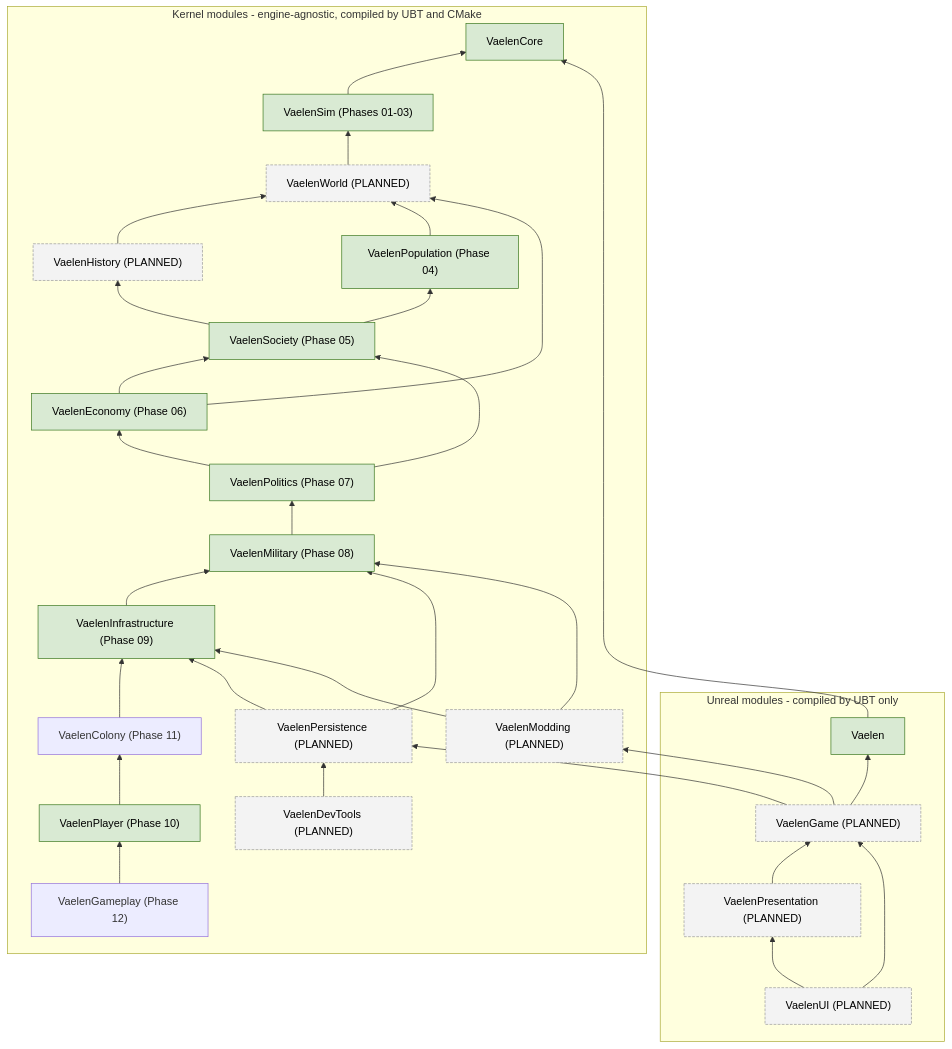
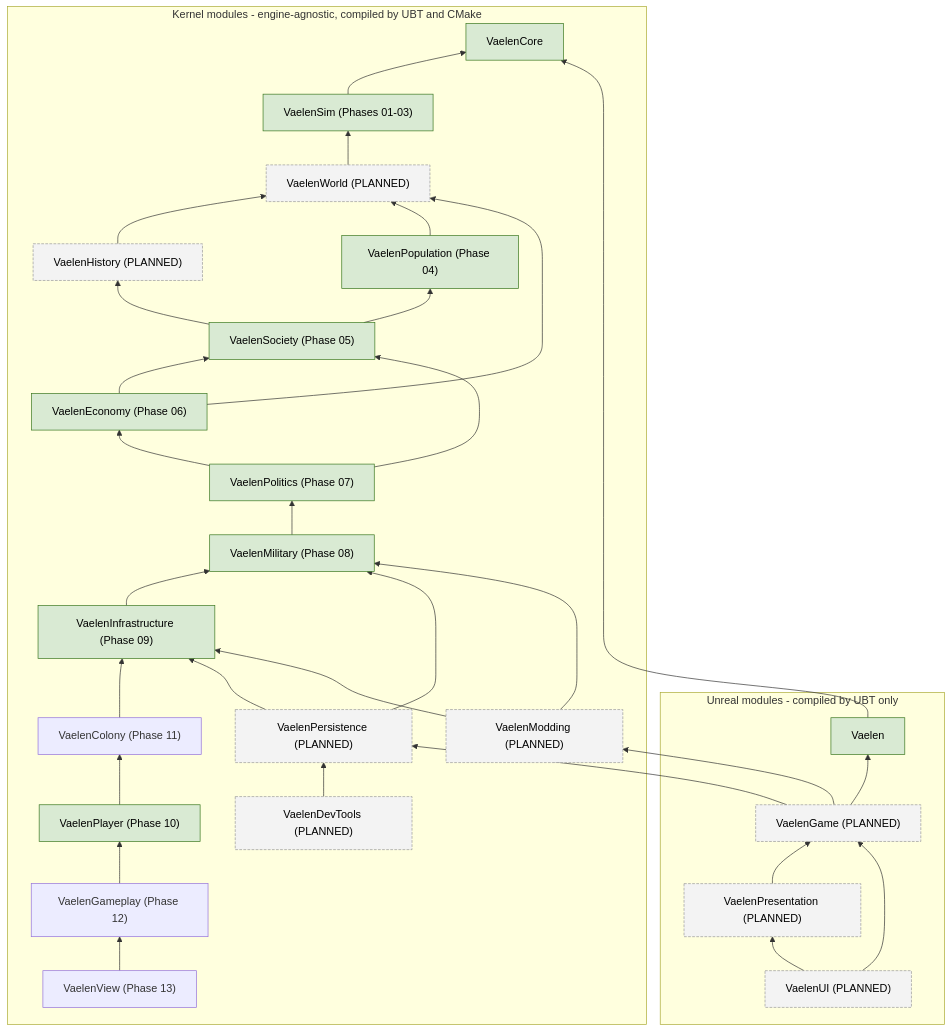
One commit to Thomas10112/vaelen changed the second of 2 diagrams in Docs/ARCHITECTURE.md. Above: the diagram before and after it, drawn with Mermaid. The commit also changed other lines of this file and 14 other files, not shown here.

````diff
--- a/Docs/ARCHITECTURE.md
+++ b/Docs/ARCHITECTURE.md
@@ -179,61 +179,63 @@
 ```mermaid
 flowchart BT
     subgraph Kernel["Kernel modules - engine-agnostic, compiled by UBT and CMake"]
         Core["VaelenCore"]
         Sim["VaelenSim (Phases 01-03)"]
         World["VaelenWorld (PLANNED)"]
         History["VaelenHistory (PLANNED)"]
         Population["VaelenPopulation (Phase 04)"]
         Society["VaelenSociety (Phase 05)"]
         Economy["VaelenEconomy (Phase 06)"]
         Politics["VaelenPolitics (Phase 07)"]
         Military["VaelenMilitary (Phase 08)"]
         Infrastructure["VaelenInfrastructure (Phase 09)"]
         ColonyMod["VaelenColony (Phase 11)"]
         PlayerMod["VaelenPlayer (Phase 10)"]
         GameplayMod["VaelenGameplay (Phase 12)"]
+        ViewMod["VaelenView (Phase 13)"]
         Persistence["VaelenPersistence (PLANNED)"]
         DevTools["VaelenDevTools (PLANNED)"]
         Modding["VaelenModding (PLANNED)"]
     end
     subgraph Unreal["Unreal modules - compiled by UBT only"]
         Bridge["Vaelen"]
         Game["VaelenGame (PLANNED)"]
         Presentation["VaelenPresentation (PLANNED)"]
         UI["VaelenUI (PLANNED)"]
     end
 
     Sim --> Core
     World --> Sim
     History --> World
     Population --> World
     Society --> Population
     Society --> History
     Economy --> Society
     Economy --> World
     Politics --> Society
     Politics --> Economy
     Military --> Politics
     Infrastructure --> Military
     ColonyMod --> Infrastructure
     PlayerMod --> ColonyMod
     GameplayMod --> PlayerMod
+    ViewMod --> GameplayMod
     Persistence --> Military
     Persistence --> Infrastructure
     DevTools --> Persistence
     Modding --> Infrastructure
     Modding --> Military
 
     Bridge --> Core
     Game --> Bridge
     Game --> Persistence
     Game --> Modding
     Presentation --> Game
     UI --> Presentation
     UI --> Game
 
     classDef existing fill:#d9ead3,stroke:#38761d,color:#000;
     classDef planned fill:#f3f3f3,stroke:#999,color:#000,stroke-dasharray: 4 2;
     class Core,Bridge,Sim,Population,Society,Economy,Politics,Military,Infrastructure,PlayerMod existing;
     class World,History,Persistence,DevTools,Modding,Game,Presentation,UI planned;
 ```
````
